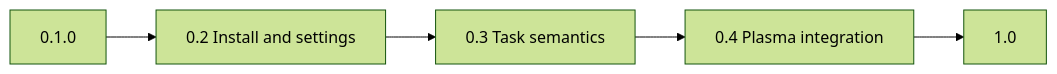
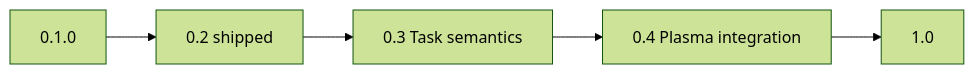
Before and after one commit to shrippen/Kurrent: the diagram in ROADMAP.md, drawn with Mermaid (forest theme). The commit also changed other lines of this file and 27 other files, not shown here.

````diff
--- a/ROADMAP.md
+++ b/ROADMAP.md
@@ -7,9 +7,9 @@
 ```mermaid
 flowchart LR
   v010[0.1.0]
-  v02[0.2 Install and settings]
+  v02[0.2 shipped]
   v03[0.3 Task semantics]
   v04[0.4 Plasma integration]
   v10[1.0]
   v010 --> v02 --> v03 --> v04 --> v10
 ```
````
